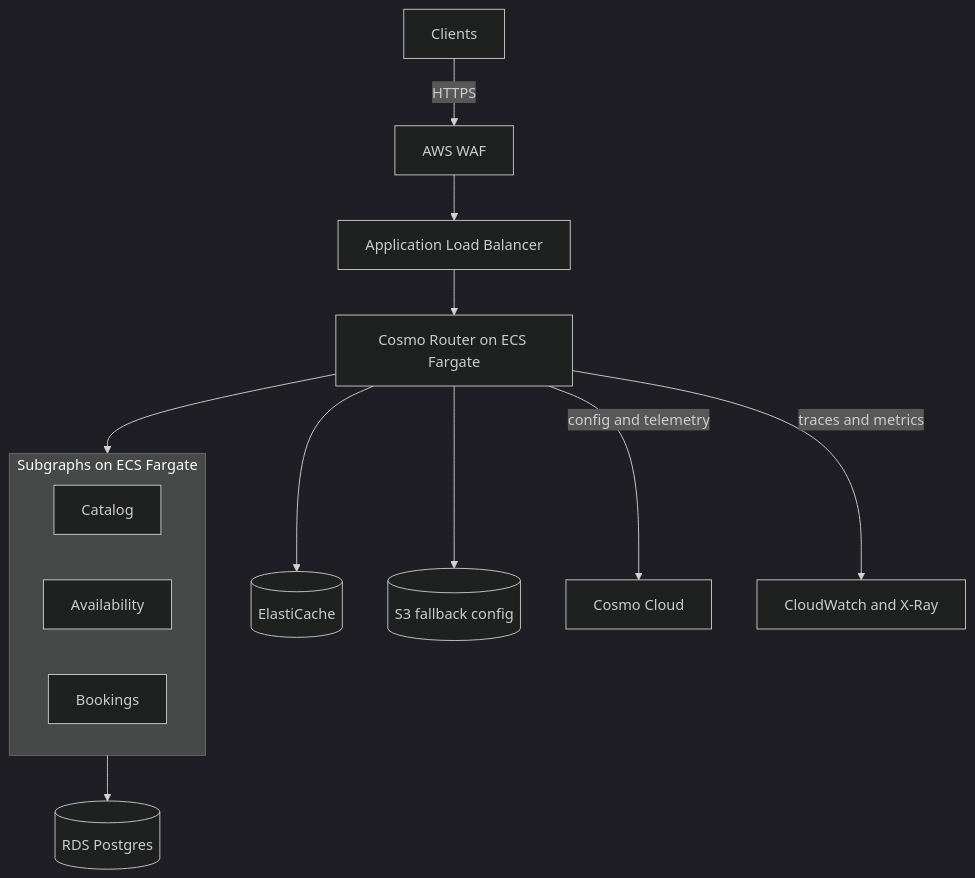
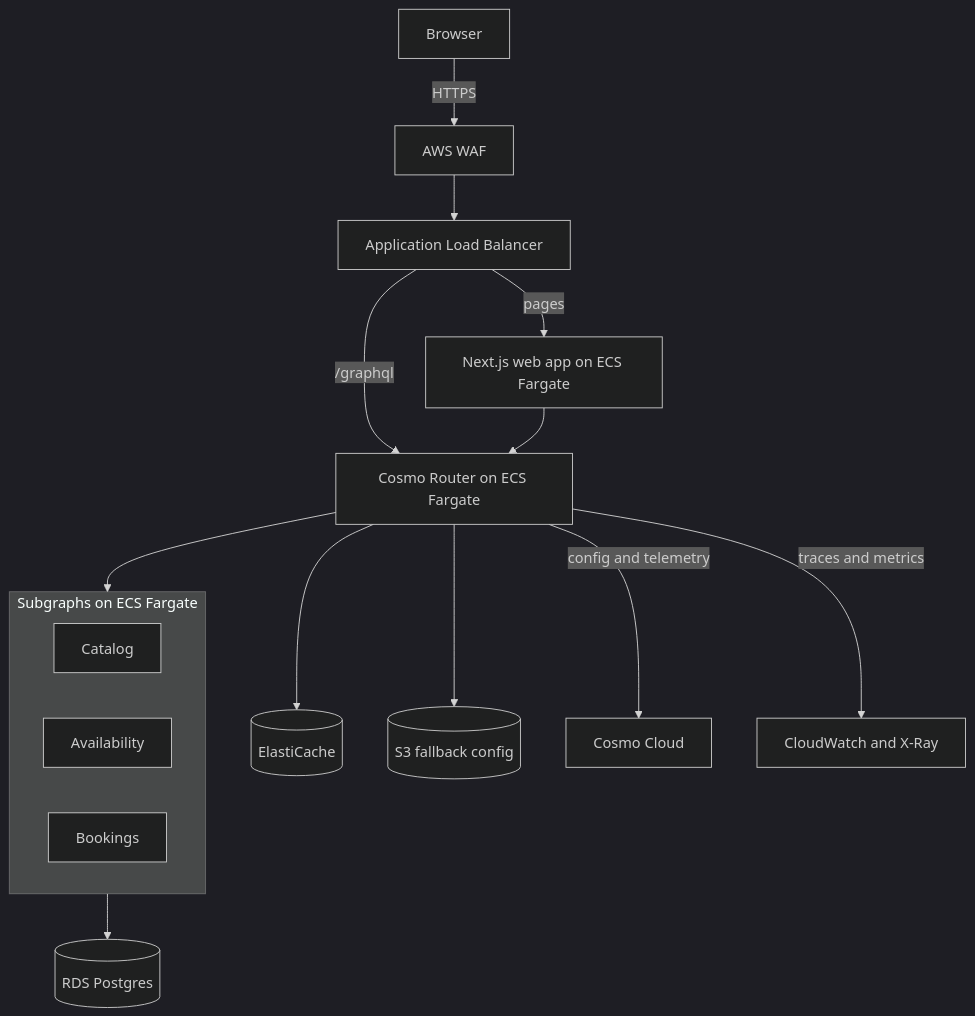
One commit to ayenisholah/signalbox changed the diagram in README.md. Above: the diagram before and after it, drawn with Mermaid (dark theme). The commit also changed other lines of this file, not shown here.

````diff
--- a/README.md
+++ b/README.md
@@ -24,19 +24,21 @@
 ```mermaid
 flowchart TD
-    client[Clients] -->|HTTPS| waf[AWS WAF]
+    client[Browser] -->|HTTPS| waf[AWS WAF]
     waf --> alb[Application Load Balancer]
-    alb --> router[Cosmo Router on ECS Fargate]
+    alb -->|pages| web[Next.js web app on ECS Fargate]
+    alb -->|/graphql| router
+    web --> router[Cosmo Router on ECS Fargate]
 
     subgraph services[Subgraphs on ECS Fargate]
         catalog[Catalog]
         availability[Availability]
         bookings[Bookings]
     end
 
     router --> services
     services --> rds[(RDS Postgres)]
     router --> redis[(ElastiCache)]
     router --> s3[(S3 fallback config)]
     router -->|config and telemetry| cosmo[Cosmo Cloud]
     router -->|traces and metrics| cloudwatch[CloudWatch and X-Ray]
 ```
````
